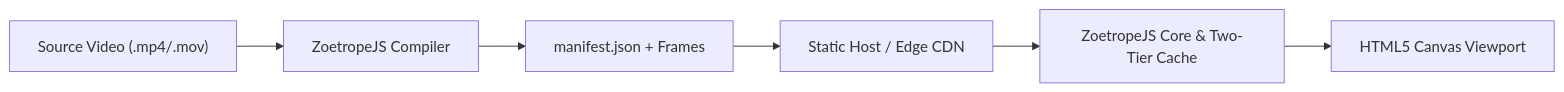
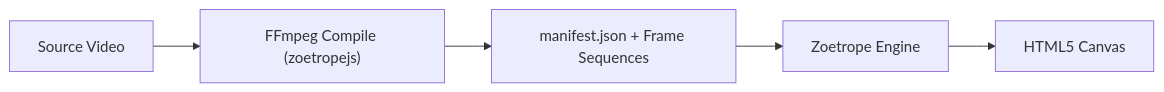
Before and after one commit to FairyTail-100/Zoetrope: the diagram in README.md, drawn with Mermaid. The commit also changed other lines of this file, not shown here.

````diff
--- a/README.md
+++ b/README.md
@@ -44,8 +12,7 @@
 ```mermaid
 flowchart LR
-  V["Source Video (.mp4/.mov)"] --> C["ZoetropeJS Compiler"]
-  C --> M["manifest.json + Frames"]
-  M --> CDN["Static Host / Edge CDN"]
-  CDN --> E["ZoetropeJS Core & Two-Tier Cache"]
-  E --> CV["HTML5 Canvas Viewport"]
+  V["Source Video"] --> C["FFmpeg Compile (zoetropejs)"]
+  C --> M["manifest.json + Frame Sequences"]
+  M --> E["Zoetrope Engine"]
+  E --> K["HTML5 Canvas"]
 ```
````
